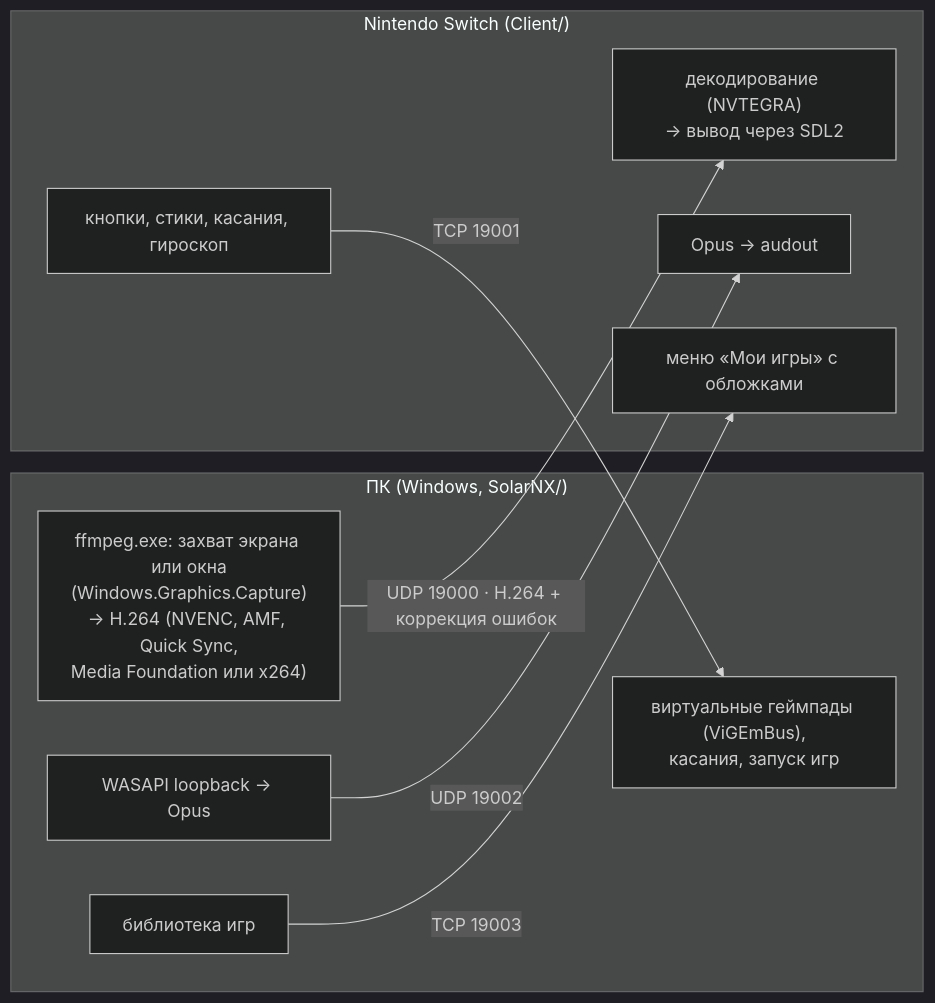
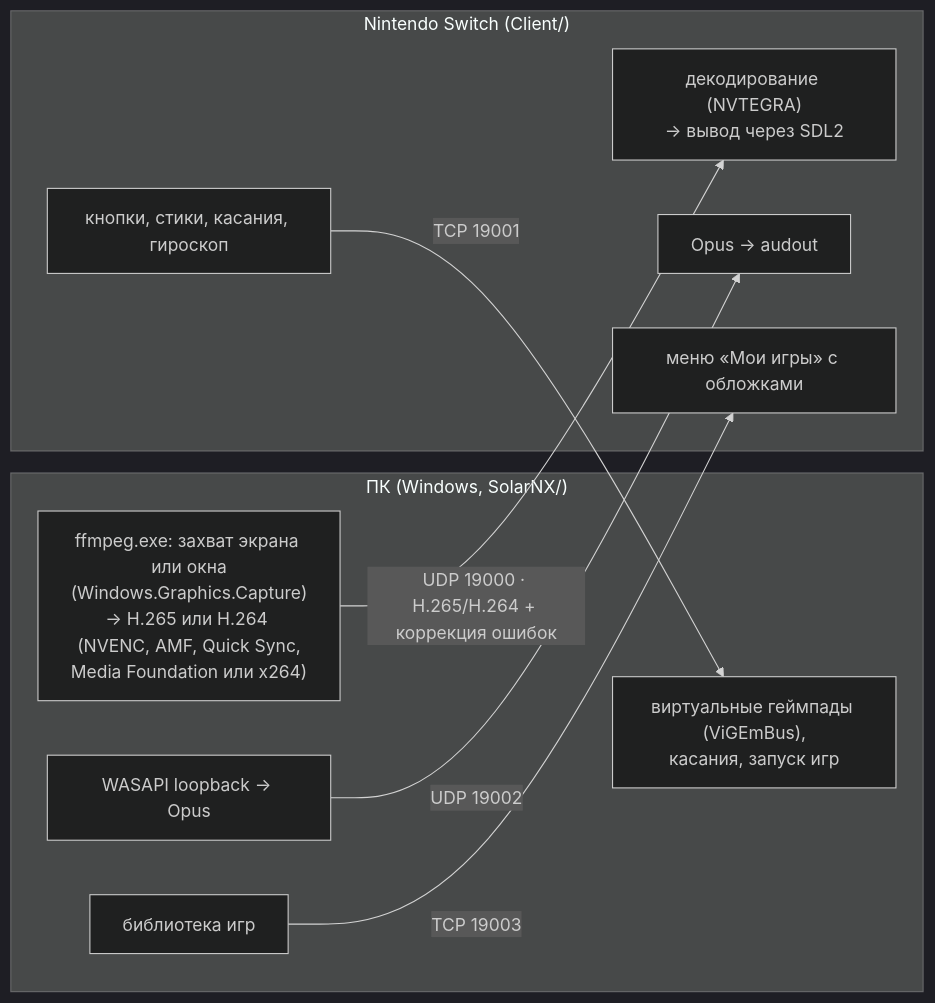
One commit to HaDoKit/SolarNX changed the diagram in docs/architecture.md. Above: the diagram before and after it, drawn with Mermaid (dark theme). The commit also changed other lines of this file and 24 other files, not shown here.

````diff
--- a/docs/architecture.md
+++ b/docs/architecture.md
@@ -7,19 +7,19 @@
 ```mermaid
 flowchart LR
     subgraph PC["ПК (Windows, SolarNX/)"]
-        cap["ffmpeg.exe: захват экрана или окна<br/>(Windows.Graphics.Capture)<br/>→ H.264 (NVENC, AMF, Quick Sync,<br/>Media Foundation или x264)"]
+        cap["ffmpeg.exe: захват экрана или окна<br/>(Windows.Graphics.Capture)<br/>→ H.265 или H.264 (NVENC, AMF, Quick Sync,<br/>Media Foundation или x264)"]
         aud["WASAPI loopback → Opus"]
         inp["виртуальные геймпады (ViGEmBus),<br/>касания, запуск игр"]
         lib["библиотека игр"]
     end
     subgraph NX["Nintendo Switch (Client/)"]
         dec["декодирование (NVTEGRA)<br/>→ вывод через SDL2"]
         play["Opus → audout"]
         ctl["кнопки, стики, касания, гироскоп"]
         menu["меню «Мои игры» с обложками"]
     end
-    cap -- "UDP 19000 · H.264 + коррекция ошибок" --> dec
+    cap -- "UDP 19000 · H.265/H.264 + коррекция ошибок" --> dec
     aud -- "UDP 19002" --> play
     ctl -- "TCP 19001" --> inp
     lib -- "TCP 19003" --> menu
 ```
````
